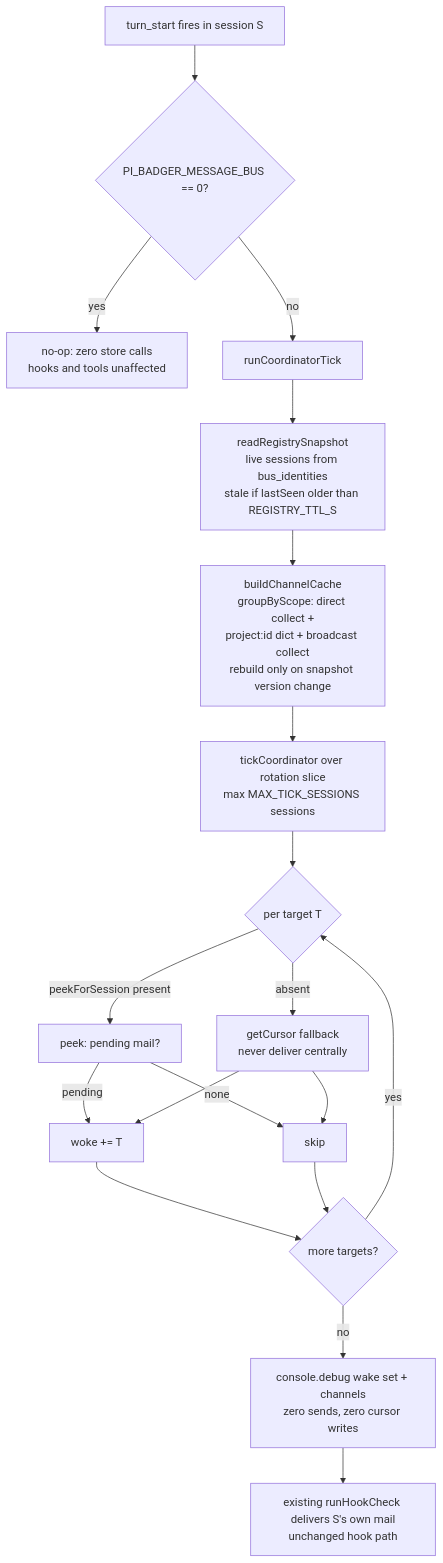
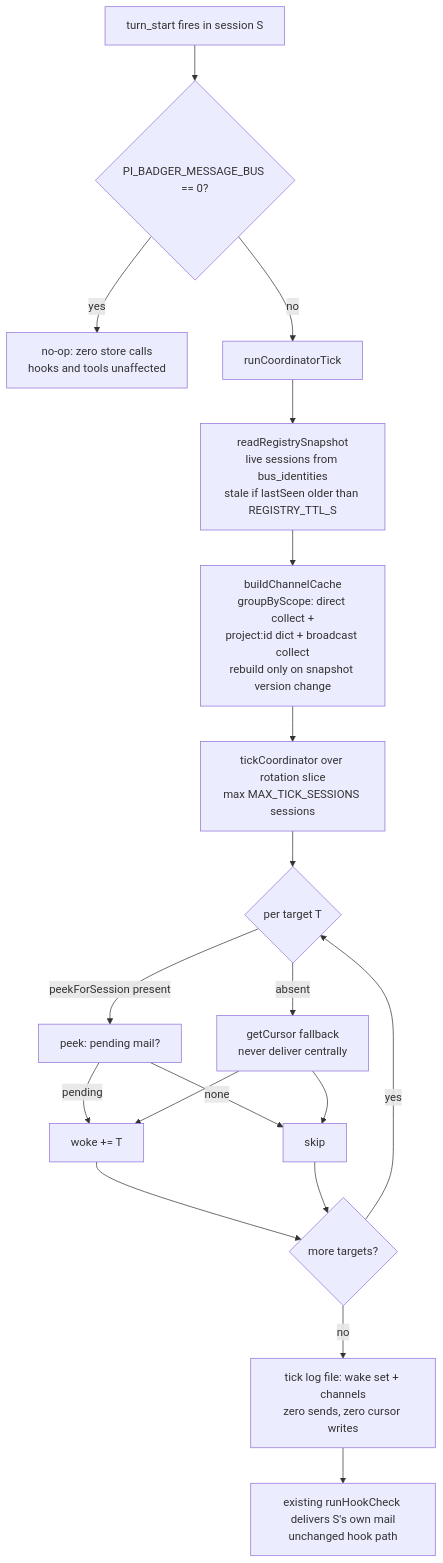
The diagram in docs/howto/message-coordinator.md (Arasz/pi-badger-integration), drawn with Mermaid before and after one commit. The commit also changed other lines of this file and 4 other files, not shown here.

First line of the commit message:
fix(message-bus): file-log coordinator tick instead of console.debug

````diff
--- a/docs/howto/message-coordinator.md
+++ b/docs/howto/message-coordinator.md
@@ -13,21 +13,21 @@
 ```mermaid
 flowchart TD
     A[turn_start fires in session S] --> B{PI_BADGER_MESSAGE_BUS == 0?}
     B -->|yes| Z[no-op: zero store calls<br/>hooks and tools unaffected]
     B -->|no| C[runCoordinatorTick]
     C --> D[readRegistrySnapshot<br/>live sessions from bus_identities<br/>stale if lastSeen older than REGISTRY_TTL_S]
     D --> E[buildChannelCache<br/>groupByScope: direct collect +\nproject:id dict + broadcast collect<br/>rebuild only on snapshot version change]
     E --> F[tickCoordinator over rotation slice<br/>max MAX_TICK_SESSIONS sessions]
     F --> G{per target T}
     G -->|peekForSession present| H[peek: pending mail?]
     G -->|absent| I[getCursor fallback<br/>never deliver centrally]
     H -->|pending| J[woke += T]
     H -->|none| K[skip]
     I --> J
     I --> K
     J --> L{more targets?}
     K --> L
     L -->|yes| G
-    L -->|no| M[console.debug wake set + channels<br/>zero sends, zero cursor writes]
+    L -->|no| M[tick log file: wake set + channels<br/>zero sends, zero cursor writes]
     M --> N[existing runHookCheck delivers S's own mail<br/>unchanged hook path]
 ```
````
